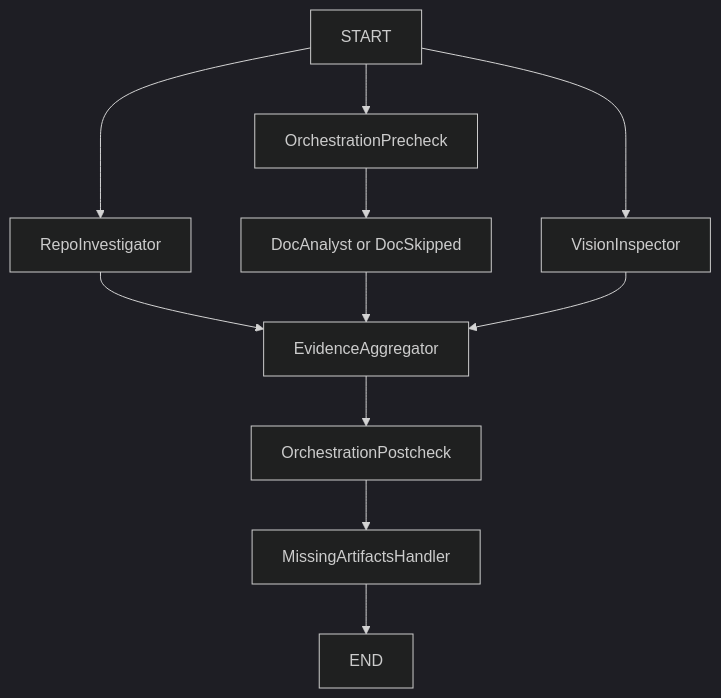
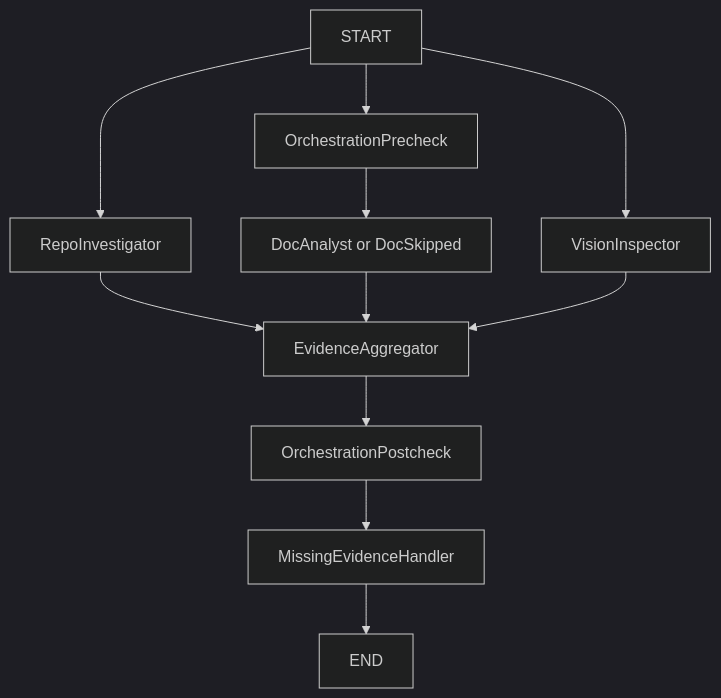
Before and after one commit to Gersum/TenX_W2_Intereme: the first of 2 diagrams in reports/final_report.md, drawn with Mermaid (dark theme). The commit also changed other lines of this file and 26 other files, not shown here.

````diff
--- a/reports/final_report.md
+++ b/reports/final_report.md
@@ -118,13 +124,13 @@
 ```mermaid
 flowchart TD
     S["START"] --> R["RepoInvestigator"]
     S --> O["OrchestrationPrecheck"]
     S --> V["VisionInspector"]
     O --> D["DocAnalyst or DocSkipped"]
     R --> A["EvidenceAggregator"]
     D --> A
     V --> A
     A --> P["OrchestrationPostcheck"]
-    P --> M["MissingArtifactsHandler"]
+    P --> M["MissingEvidenceHandler"]
     M --> E["END"]
 ```
````
